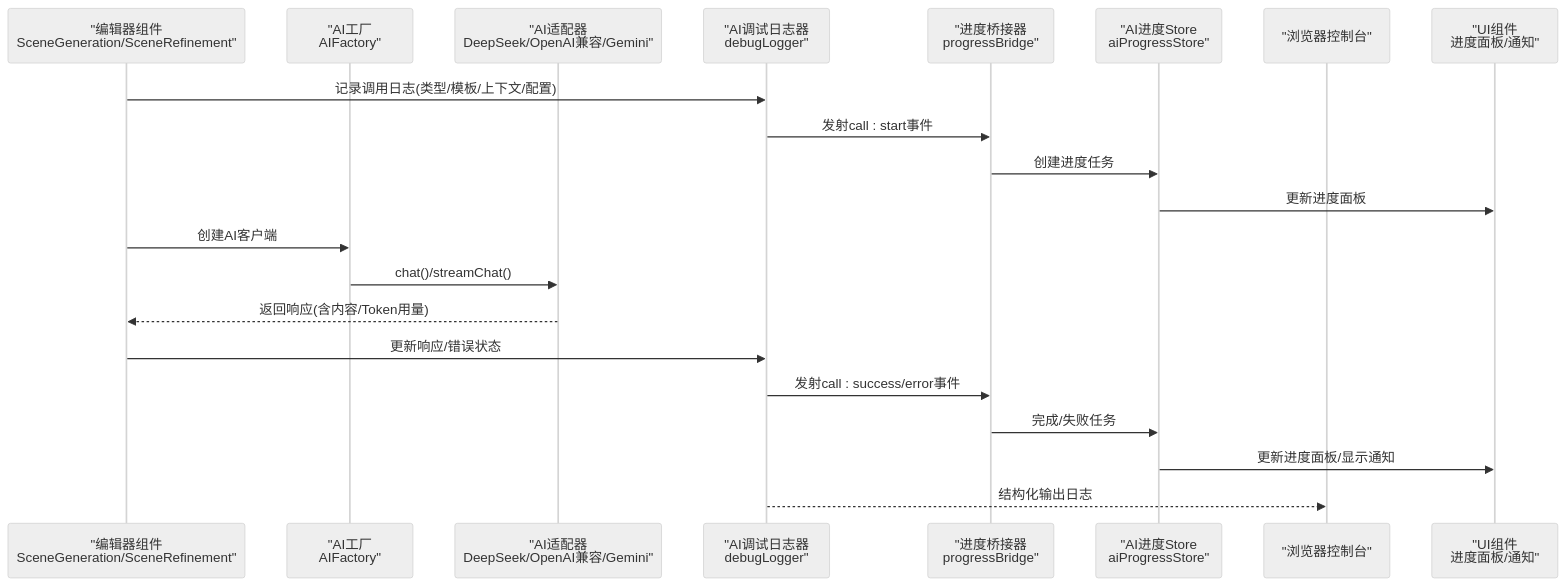
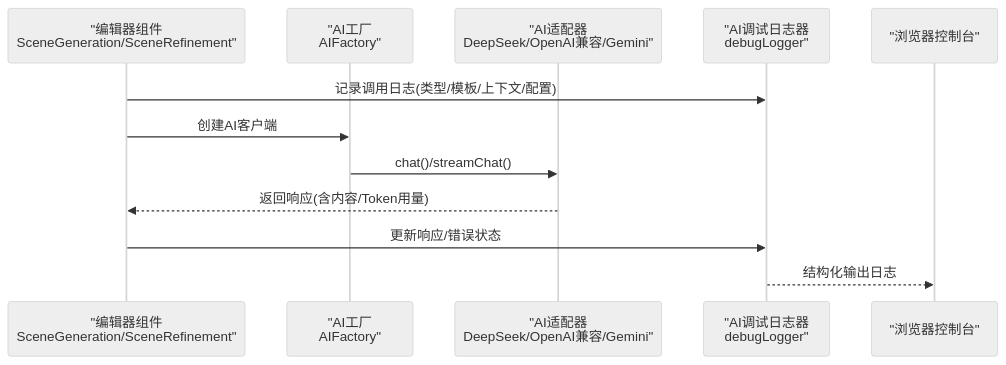
Before and after one commit to leonaiuv/aixsss: the second of 7 diagrams in .qoder/repowiki/zh/content/技术架构/AI调试日志器.md, drawn with Mermaid (neutral theme). The commit also changed other lines of this file and 24 other files, not shown here.

````diff
--- a/.qoder/repowiki/zh/content/技术架构/AI调试日志器.md
+++ b/.qoder/repowiki/zh/content/技术架构/AI调试日志器.md
@@ -122,23 +109,14 @@
 ```mermaid
 sequenceDiagram
 participant UI as "编辑器组件<br/>SceneGeneration/SceneRefinement"
 participant Factory as "AI工厂<br/>AIFactory"
 participant Provider as "AI适配器<br/>DeepSeek/OpenAI兼容/Gemini"
 participant Logger as "AI调试日志器<br/>debugLogger"
-participant Bridge as "进度桥接器<br/>progressBridge"
-participant Store as "AI进度Store<br/>aiProgressStore"
 participant Console as "浏览器控制台"
-participant UIComp as "UI组件<br/>进度面板/通知"
 UI->>Logger : 记录调用日志(类型/模板/上下文/配置)
-Logger->>Bridge : 发射call : start事件
-Bridge->>Store : 创建进度任务
-Store->>UIComp : 更新进度面板
 UI->>Factory : 创建AI客户端
 Factory->>Provider : chat()/streamChat()
 Provider-->>UI : 返回响应(含内容/Token用量)
 UI->>Logger : 更新响应/错误状态
-Logger->>Bridge : 发射call : success/error事件
-Bridge->>Store : 完成/失败任务
-Store->>UIComp : 更新进度面板/显示通知
 Logger-->>Console : 结构化输出日志
 ```
````
